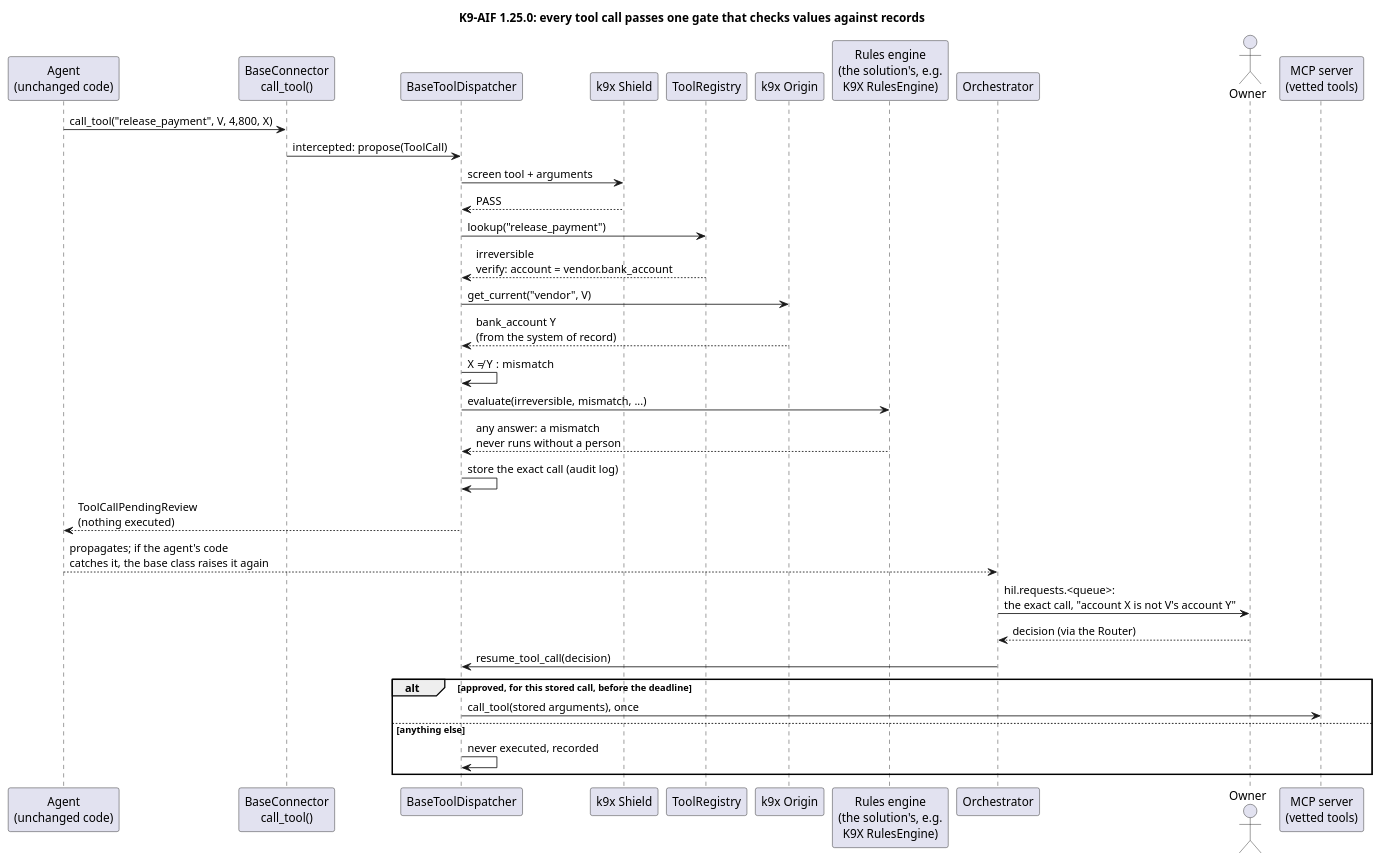
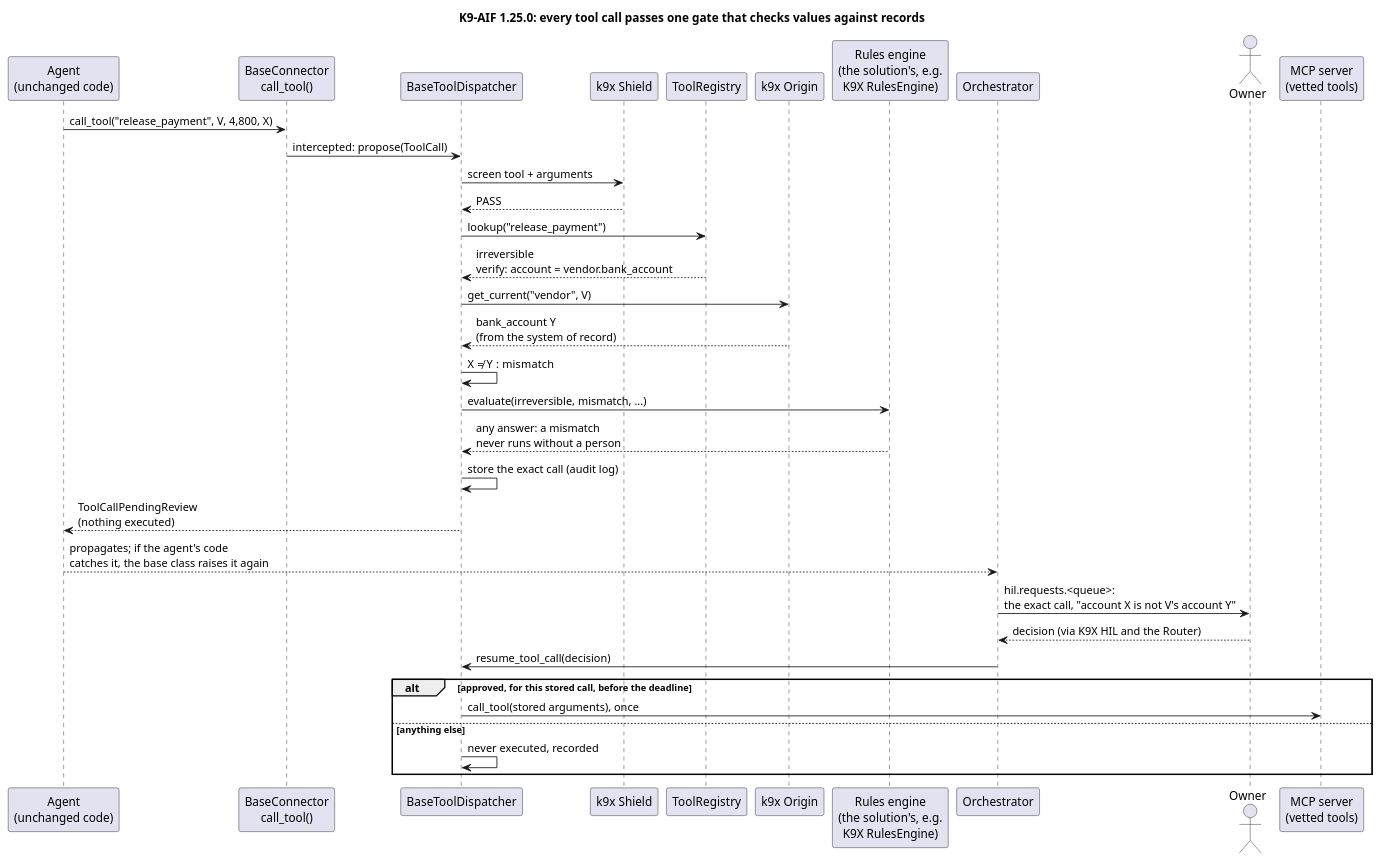
One commit to k9aif/k9-aif-blogs changed the diagram in assets/diagrams/hil-review-planned.puml. Above: the diagram before and after it, drawn with PlantUML. The commit also changed 4 other files, not shown here.

```diff
--- a/assets/diagrams/hil-review-planned.puml
+++ b/assets/diagrams/hil-review-planned.puml
@@ -1,38 +1,38 @@
 @startuml hil-review-planned
 title K9-AIF 1.25.0: every tool call passes one gate that checks values against records
 
 participant "Agent\n(unchanged code)" as A
 participant "BaseConnector\ncall_tool()" as C
 participant "BaseToolDispatcher" as D
 participant "k9x Shield" as SE
 participant "ToolRegistry" as R
 participant "k9x Origin" as OR
 participant "Rules engine\n(the solution's, e.g.\nK9X RulesEngine)" as RU
 participant "Orchestrator" as O
 actor "Owner" as V
 participant "MCP server\n(vetted tools)" as T
 
 A -> C : call_tool("release_payment", V, 4,800, X)
 C -> D : intercepted: propose(ToolCall)
 D -> SE : screen tool + arguments
 SE --> D : PASS
 D -> R : lookup("release_payment")
 R --> D : irreversible\nverify: account = vendor.bank_account
 D -> OR : get_current("vendor", V)
 OR --> D : bank_account Y\n(from the system of record)
 D -> D : X ≠ Y : mismatch
 D -> RU : evaluate(irreversible, mismatch, ...)
 RU --> D : any answer: a mismatch\nnever runs without a person
 D -> D : store the exact call (audit log)
 D --> A : ToolCallPendingReview\n(nothing executed)
 A --> O : propagates; if the agent's code\ncatches it, the base class raises it again
 O -> V : hil.requests.<queue>:\nthe exact call, "account X is not V's account Y"
-V --> O : decision (via the Router)
+V --> O : decision (via K9X HIL and the Router)
 O -> D : resume_tool_call(decision)
 
 alt approved, for this stored call, before the deadline
   D -> T : call_tool(stored arguments), once
 else anything else
   D -> D : never executed, recorded
 end
 @enduml
```
